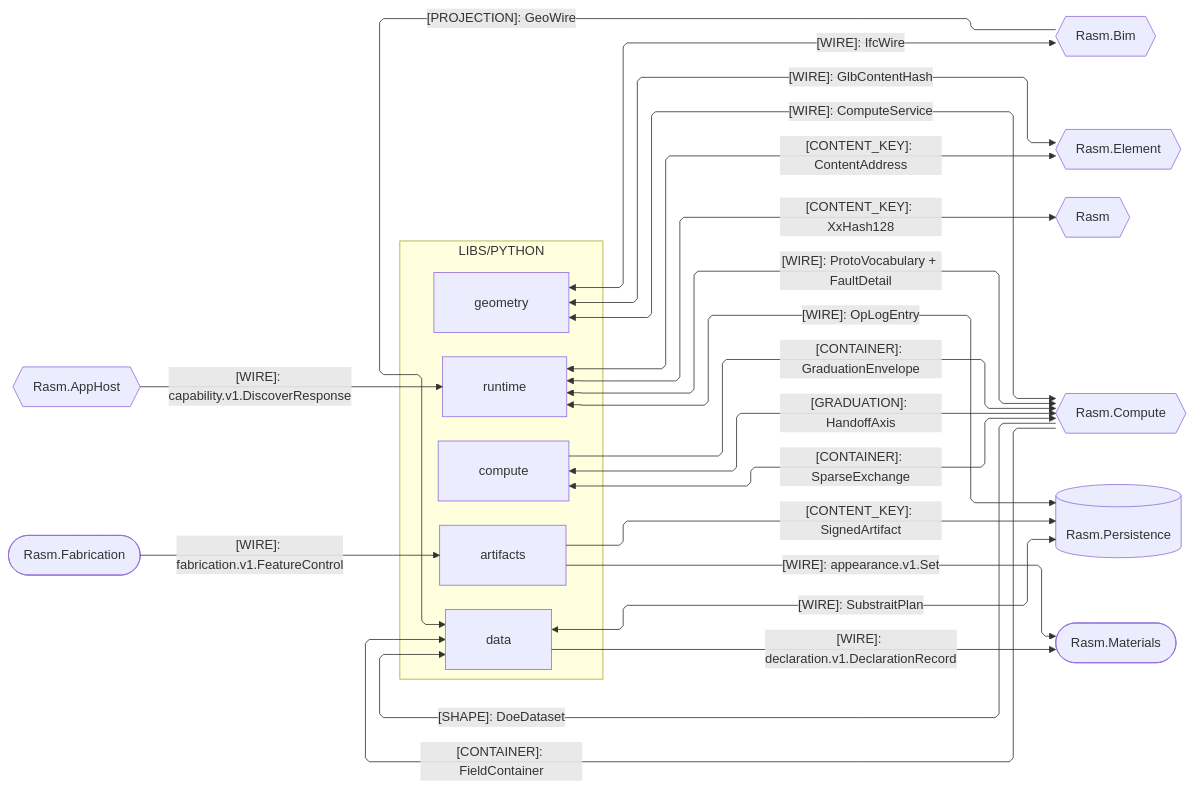
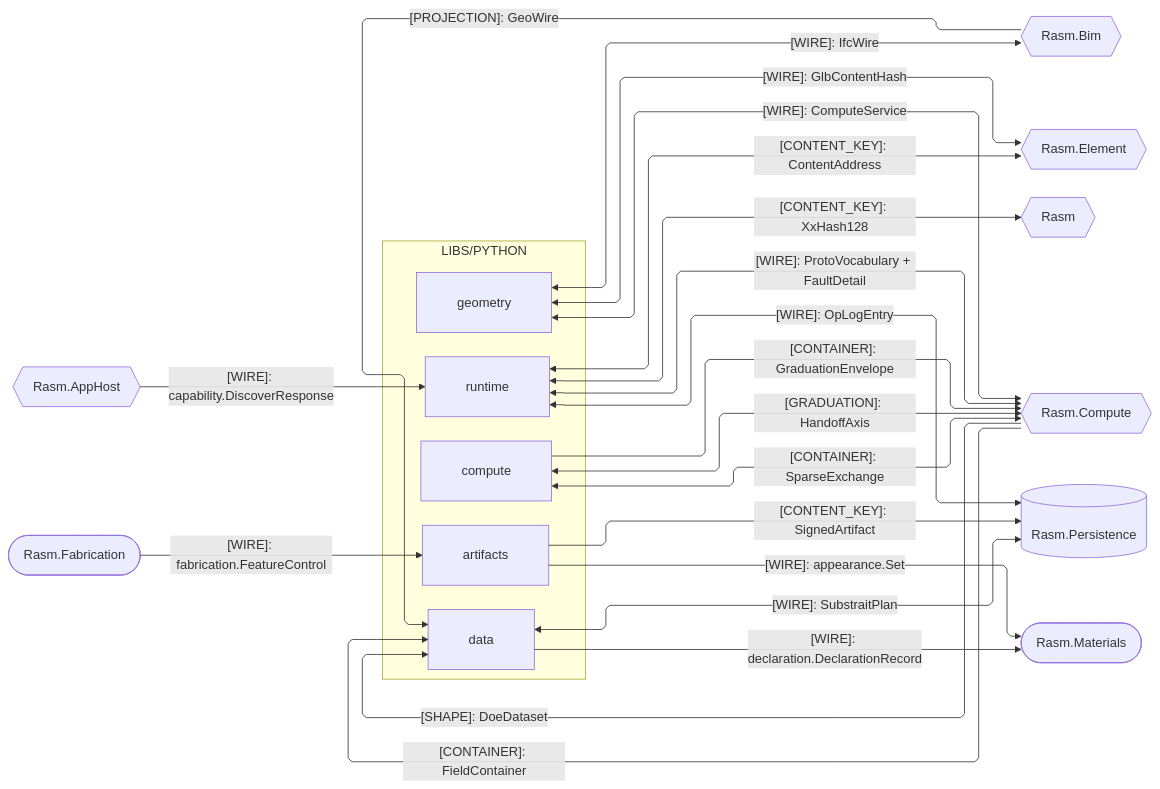
The second of 4 diagrams in libs/python/.planning/ARCHITECTURE.md (bsamiee/Rasm), drawn with Mermaid before and after one commit. The commit also changed other lines of this file and 640 other files, not shown here.

````diff
--- a/libs/python/.planning/ARCHITECTURE.md
+++ b/libs/python/.planning/ARCHITECTURE.md
@@ -88,46 +88,46 @@
 ```mermaid
 ---
 config:
   layout: elk
   flowchart:
     curve: linear
     padding: 25
 ---
 flowchart LR
     accTitle: Python branch C# seam registry
     accDescr: Python packages exchanging kinded contract shapes with their C# counterparts; every edge carries kind plus shape.
     subgraph python[LIBS/PYTHON]
         Geometry[geometry]
         Runtime[runtime]
         Compute[compute]
         Data[data]
         Artifacts[artifacts]
     end
     Bim{{Rasm.Bim}}
     Element{{Rasm.Element}}
     Rasm{{Rasm}}
     AppHost{{Rasm.AppHost}}
     RasmCompute{{Rasm.Compute}}
     Persistence[(Rasm.Persistence)]
     Materials([Rasm.Materials])
     Fabrication([Rasm.Fabrication])
     Geometry e1@<-->|"[WIRE]: IfcWire"| Bim
     Geometry e2@<-->|"[WIRE]: GlbContentHash"| Element
     Geometry e3@<-->|"[WIRE]: ComputeService"| RasmCompute
     Runtime e4@<-->|"[CONTENT_KEY]: ContentAddress"| Element
     Runtime e5@<-->|"[CONTENT_KEY]: XxHash128"| Rasm
-    AppHost e6@-->|"[WIRE]: capability.v1.DiscoverResponse"| Runtime
+    AppHost e6@-->|"[WIRE]: capability.DiscoverResponse"| Runtime
     Runtime e7@<-->|"[WIRE]: ProtoVocabulary + FaultDetail"| RasmCompute
     Runtime e8@<-->|"[WIRE]: OpLogEntry"| Persistence
     Compute e11@<-->|"[GRADUATION]: HandoffAxis"| RasmCompute
     RasmCompute e12@-->|"[SHAPE]: DoeDataset"| Data
     Data e13@<-->|"[WIRE]: SubstraitPlan"| Persistence
-    Data e14@-->|"[WIRE]: declaration.v1.DeclarationRecord"| Materials
+    Data e14@-->|"[WIRE]: declaration.DeclarationRecord"| Materials
     Bim e15@-->|"[PROJECTION]: GeoWire"| Data
-    Artifacts e16@-->|"[WIRE]: appearance.v1.Set"| Materials
+    Artifacts e16@-->|"[WIRE]: appearance.Set"| Materials
     Artifacts e17@-->|"[CONTENT_KEY]: SignedArtifact"| Persistence
-    Fabrication e18@-->|"[WIRE]: fabrication.v1.FeatureControl"| Artifacts
+    Fabrication e18@-->|"[WIRE]: fabrication.FeatureControl"| Artifacts
     RasmCompute e19@-->|"[CONTAINER]: FieldContainer"| Data
     Compute e20@<-->|"[CONTAINER]: SparseExchange"| RasmCompute
     Compute e21@-->|"[CONTAINER]: GraduationEnvelope"| RasmCompute
 ```
````
